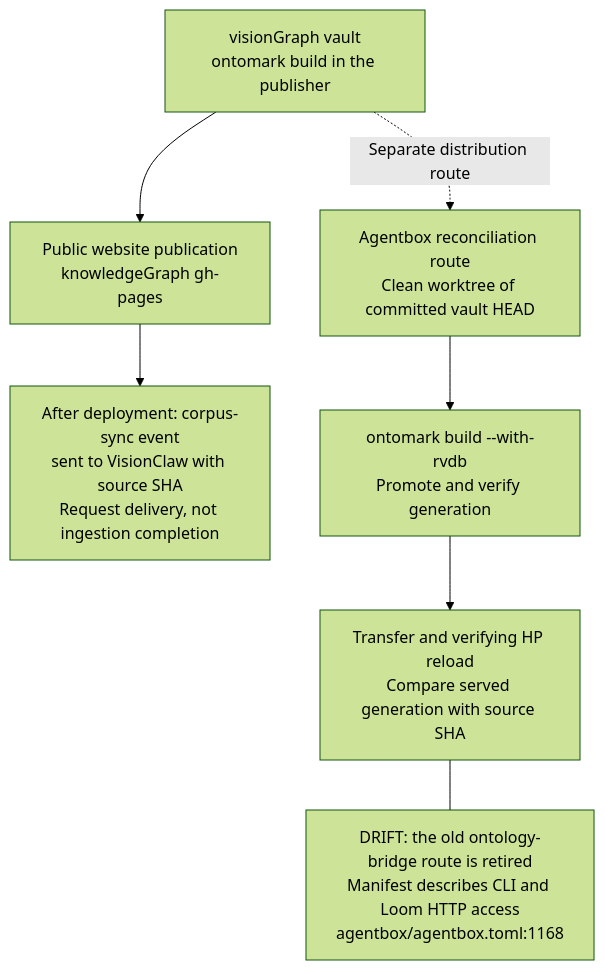
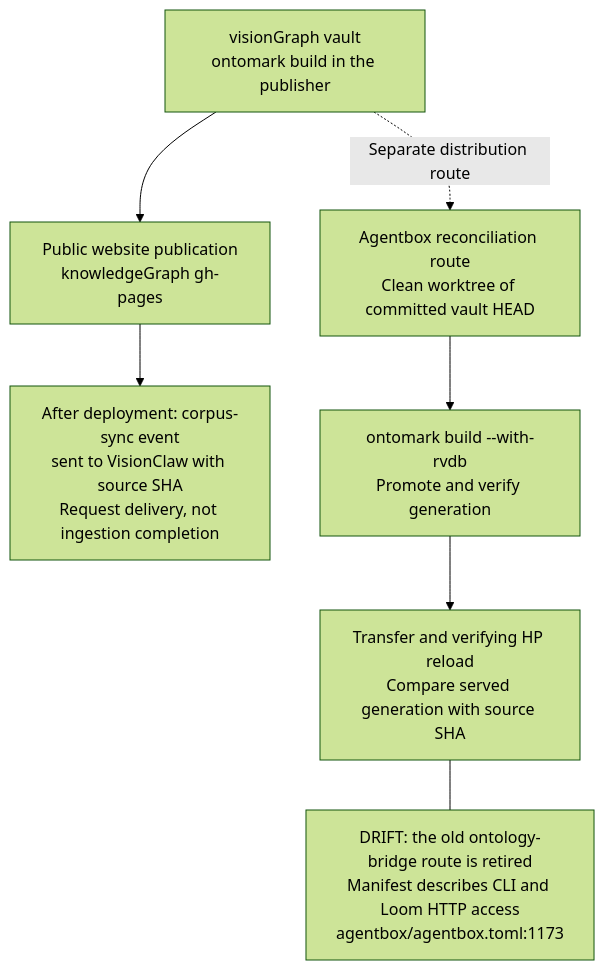
Before and after one commit to DreamLab-AI/VisionFlow: the first of 3 diagrams in docs/diagrams/knowledgegraph/06-consumers-and-integration.md, drawn with Mermaid (forest theme). The commit also changed other lines of this file and 154 other files, not shown here.

First line of the commit message:
docs(diagrams): re-stamp 154 topics whose every citation still reads the same text at the current heads

````diff
--- a/docs/diagrams/knowledgegraph/06-consumers-and-integration.md
+++ b/docs/diagrams/knowledgegraph/06-consumers-and-integration.md
@@ -34,19 +34,19 @@
 ```mermaid
 flowchart TB
     %% visionGraph/.github/workflows/publish.yml:175
     VG["visionGraph vault<br/>ontomark build in the publisher"]
     %% visionGraph/.github/workflows/publish.yml:526
     PUB["Public website publication<br/>knowledgeGraph gh-pages"]
     %% visionGraph/.github/workflows/publish.yml:536
     DISPATCH["After deployment: corpus-sync event<br/>sent to VisionClaw with source SHA<br/>Request delivery, not ingestion completion"]
     %% agentbox/scripts/hp-loom-reconcile.sh:133
     SNAP["Agentbox reconciliation route<br/>Clean worktree of committed vault HEAD"]
     %% agentbox/scripts/hp-loom-reconcile.sh:149
     BUILD["ontomark build --with-rvdb<br/>Promote and verify generation"]
     %% agentbox/scripts/hp-loom-reconcile.sh:198
     LOOM["Transfer and verifying HP reload<br/>Compare served generation with source SHA"]
     VG --> PUB --> DISPATCH
     VG -.->|"Separate distribution route"| SNAP --> BUILD --> LOOM
-    NOTE["DRIFT: the old ontology-bridge route is retired<br/>Manifest describes CLI and Loom HTTP access<br/>agentbox/agentbox.toml:1168"]
+    NOTE["DRIFT: the old ontology-bridge route is retired<br/>Manifest describes CLI and Loom HTTP access<br/>agentbox/agentbox.toml:1173"]
     LOOM --- NOTE
 ```
````
